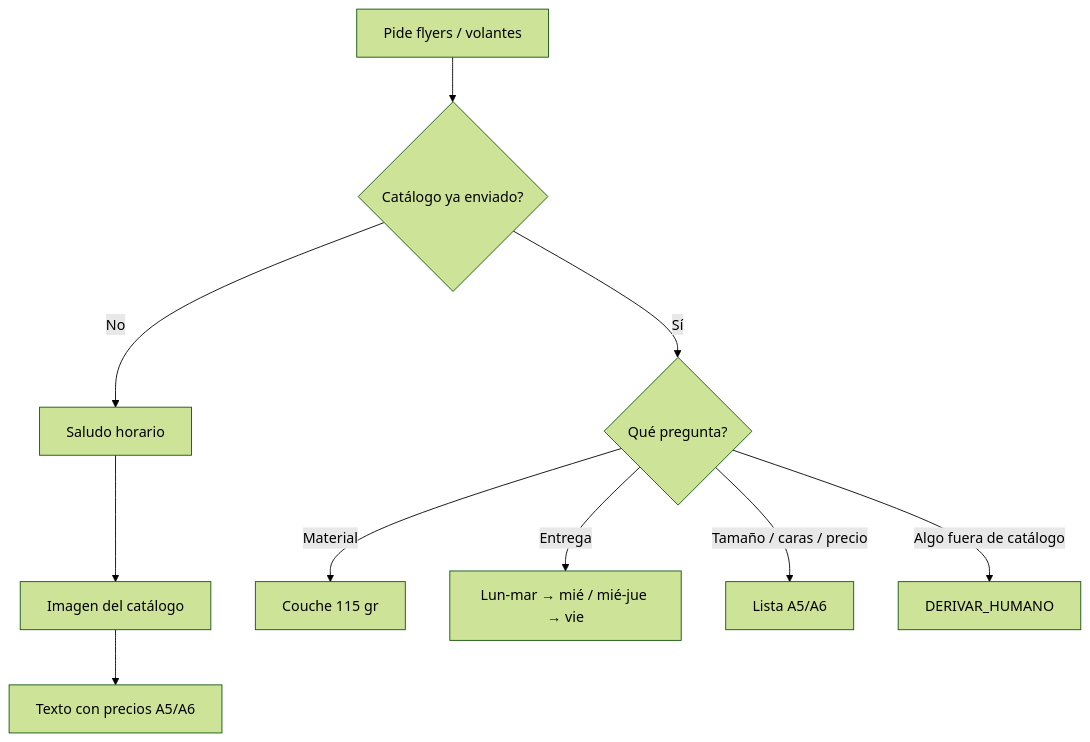
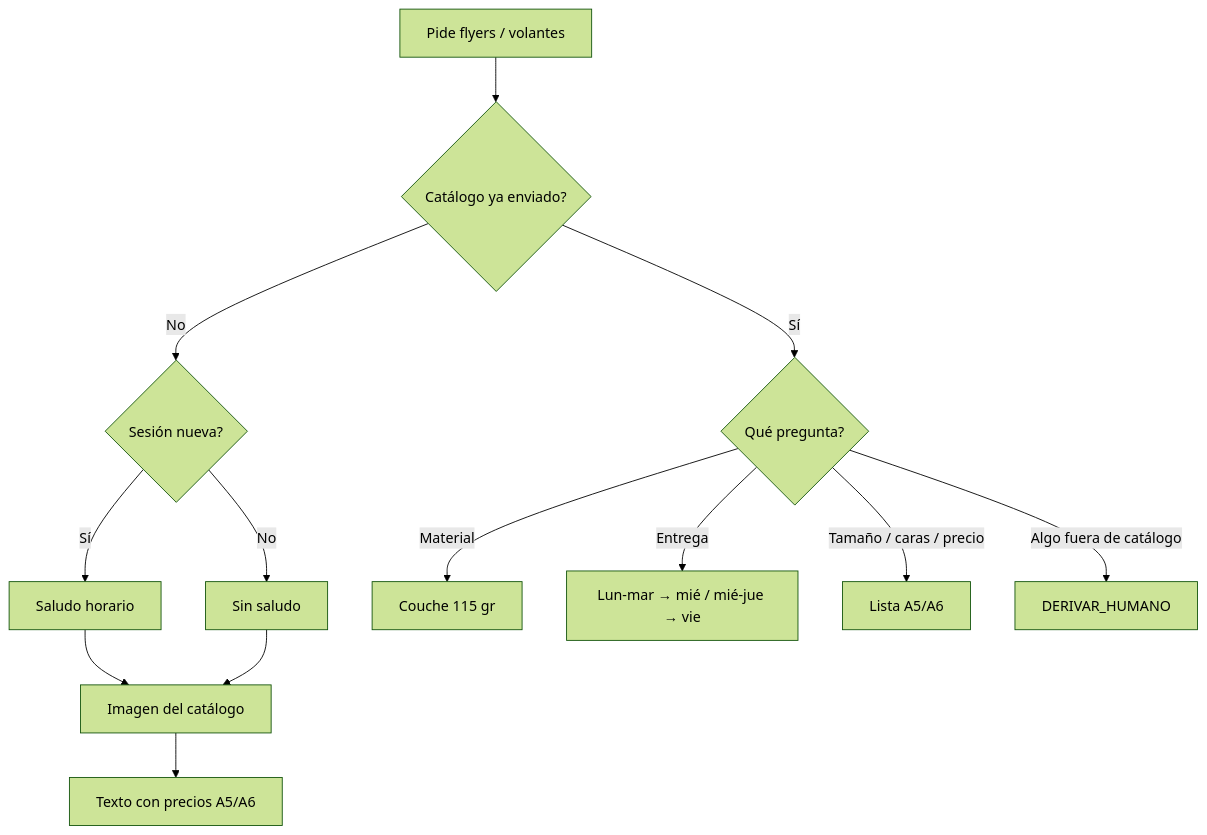
Before and after one commit to Theborycuas/pegaso-n8n: the diagram in docs/reportes/2026-10-20-flyers-volantes.md, drawn with Mermaid (forest theme). The commit also changed other lines of this file and 7 other files, not shown here.

````diff
--- a/docs/reportes/2026-10-20-flyers-volantes.md
+++ b/docs/reportes/2026-10-20-flyers-volantes.md
@@ -25,12 +25,15 @@
 ```mermaid
 flowchart TD
   A[Pide flyers / volantes] --> B{Catálogo ya enviado?}
-  B -->|No| C[Saludo horario]
-  C --> D[Imagen del catálogo]
-  D --> E[Texto con precios A5/A6]
-  B -->|Sí| F{Qué pregunta?}
-  F -->|Material| G[Couche 115 gr]
-  F -->|Entrega| H[Lun-mar → mié / mié-jue → vie]
-  F -->|Tamaño / caras / precio| I[Lista A5/A6]
-  F -->|Algo fuera de catálogo| J[DERIVAR_HUMANO]
+  B -->|No| C{Sesión nueva?}
+  C -->|Sí| D[Saludo horario]
+  C -->|No| E[Sin saludo]
+  D --> IMG[Imagen del catálogo]
+  E --> IMG
+  IMG --> PRE[Texto con precios A5/A6]
+  B -->|Sí| Q{Qué pregunta?}
+  Q -->|Material| MAT[Couche 115 gr]
+  Q -->|Entrega| ENT[Lun-mar → mié / mié-jue → vie]
+  Q -->|Tamaño / caras / precio| LST[Lista A5/A6]
+  Q -->|Algo fuera de catálogo| HUM[DERIVAR_HUMANO]
 ```
````
